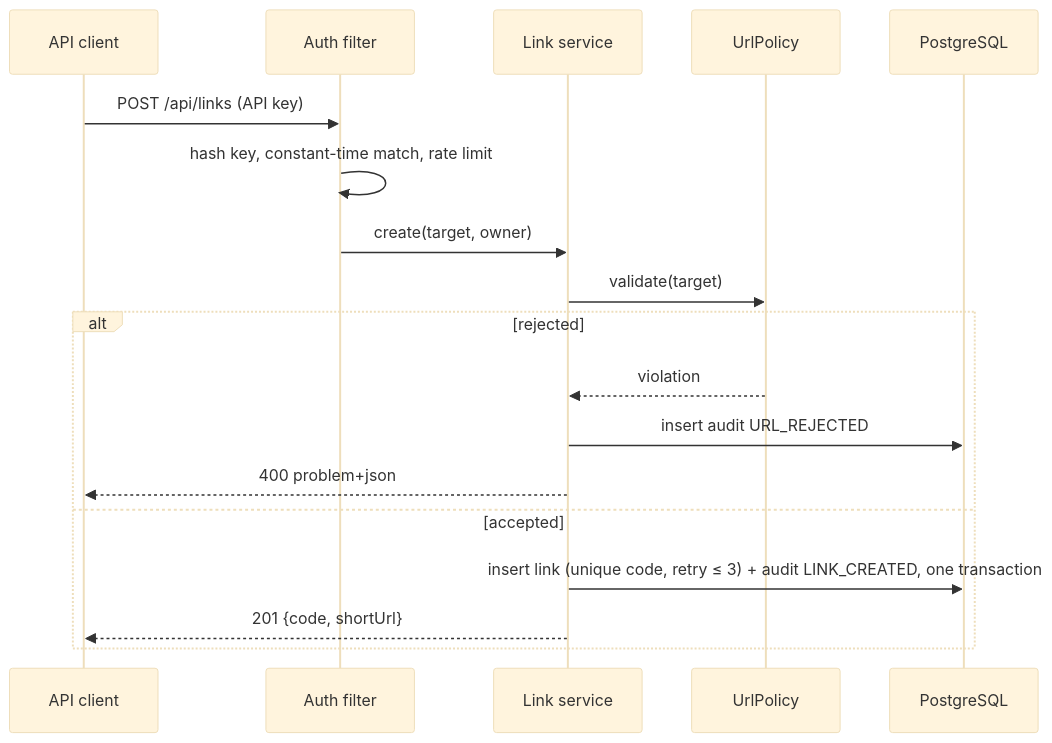
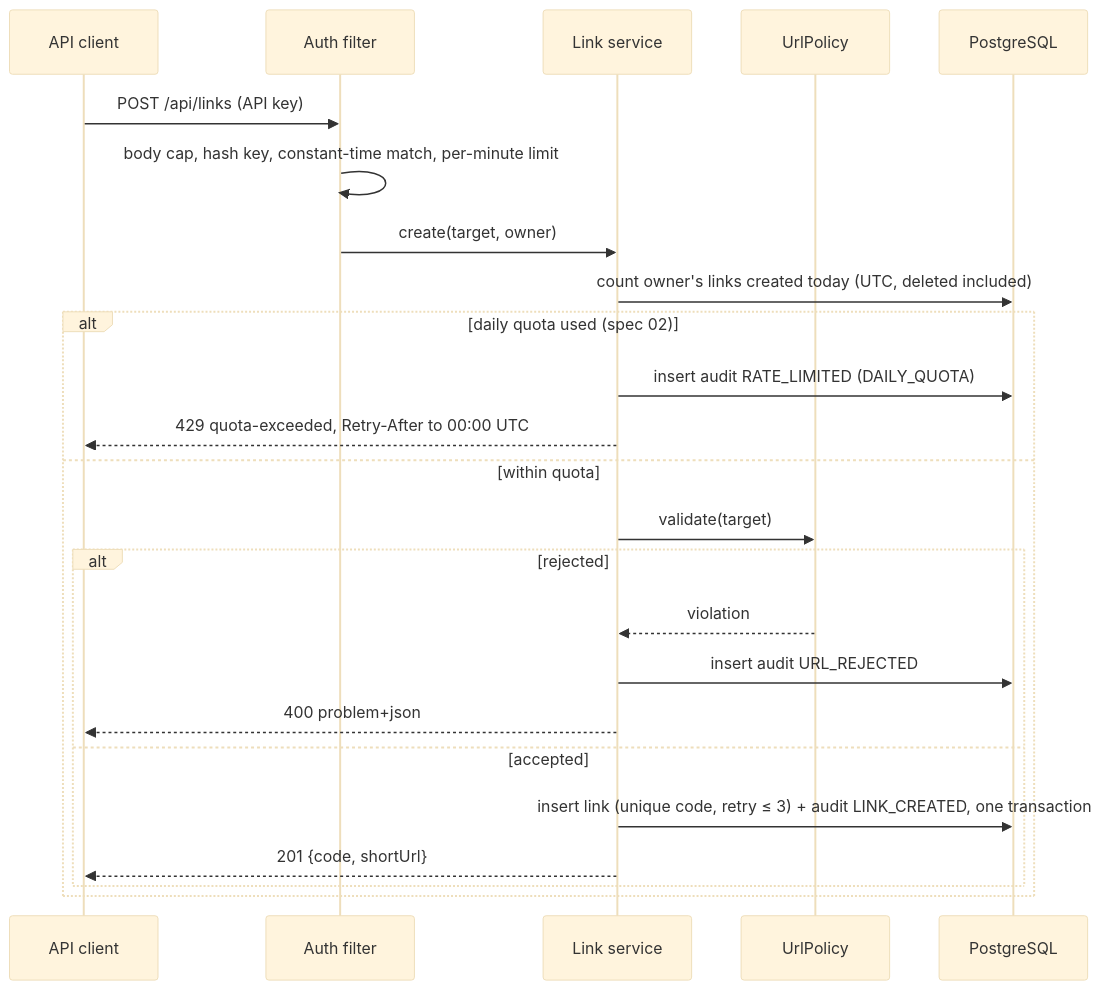
The third of 6 diagrams in docs/ARCHITECTURE.md (harshmittal07/url-shortener), drawn with Mermaid (base theme) before and after one commit. The commit also changed other lines of this file and 26 other files, not shown here.

First line of the commit message:
feat(link): daily link quota per API key (spec 02)

````diff
--- a/docs/ARCHITECTURE.md
+++ b/docs/ARCHITECTURE.md
@@ -93,20 +93,26 @@
 ```mermaid
 sequenceDiagram
   participant C as API client
   participant F as Auth filter
   participant L as Link service
   participant P as UrlPolicy
   participant DB as PostgreSQL
   C->>F: POST /api/links (API key)
-  F->>F: hash key, constant-time match, rate limit
+  F->>F: body cap, hash key, constant-time match, per-minute limit
   F->>L: create(target, owner)
-  L->>P: validate(target)
-  alt rejected
-    P-->>L: violation
-    L->>DB: insert audit URL_REJECTED
-    L-->>C: 400 problem+json
-  else accepted
-    L->>DB: insert link (unique code, retry ≤ 3) + audit LINK_CREATED, one transaction
-    L-->>C: 201 {code, shortUrl}
+  L->>DB: count owner's links created today (UTC, deleted included)
+  alt daily quota used (spec 02)
+    L->>DB: insert audit RATE_LIMITED (DAILY_QUOTA)
+    L-->>C: 429 quota-exceeded, Retry-After to 00:00 UTC
+  else within quota
+    L->>P: validate(target)
+    alt rejected
+      P-->>L: violation
+      L->>DB: insert audit URL_REJECTED
+      L-->>C: 400 problem+json
+    else accepted
+      L->>DB: insert link (unique code, retry ≤ 3) + audit LINK_CREATED, one transaction
+      L-->>C: 201 {code, shortUrl}
+    end
   end
 ```
````
